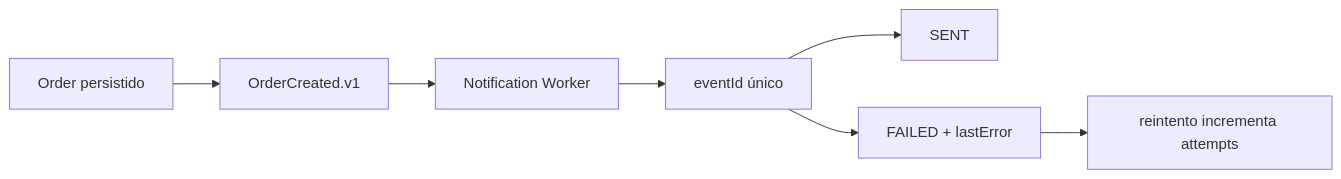
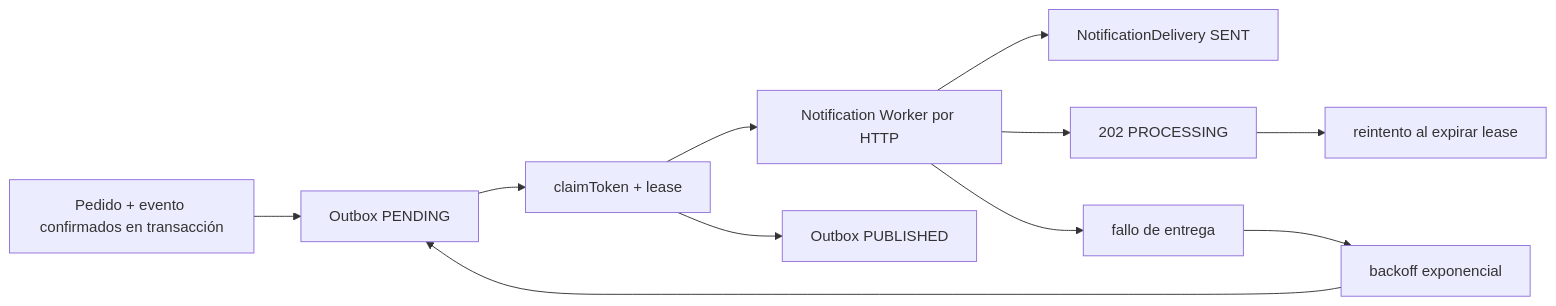
The eighth of 10 diagrams in docs/wiki/architecture-overview.md (HectorARiascosI/mileshop-platform), drawn with Mermaid before and after one commit. The commit also changed other lines of this file and 42 other files, not shown here.

Commit message:
feat(orders): make order creation idempotent and recover event delivery

````diff
--- a/docs/wiki/architecture-overview.md
+++ b/docs/wiki/architecture-overview.md
@@ -259,9 +294,13 @@
 ```mermaid
 flowchart LR
-    Persisted[Order persistido] --> Event[OrderCreated.v1]
-    Event --> Worker[Notification Worker]
-    Worker --> Claim[eventId único]
-    Claim --> Sent[SENT]
-    Claim --> Failed[FAILED + lastError]
-    Failed --> Retry[reintento incrementa attempts]
+    Persisted[Pedido + evento confirmados en transacción] --> Pending[Outbox PENDING]
+    Pending --> Claim[claimToken + lease]
+    Claim --> Worker[Notification Worker por HTTP]
+    Worker --> Sent[NotificationDelivery SENT]
+    Worker --> Active[202 PROCESSING]
+    Worker --> Failed[fallo de entrega]
+    Active --> Retry[reintento al expirar lease]
+    Failed --> Backoff[backoff exponencial]
+    Backoff --> Pending
+    Claim --> Published[Outbox PUBLISHED]
 ```
````
